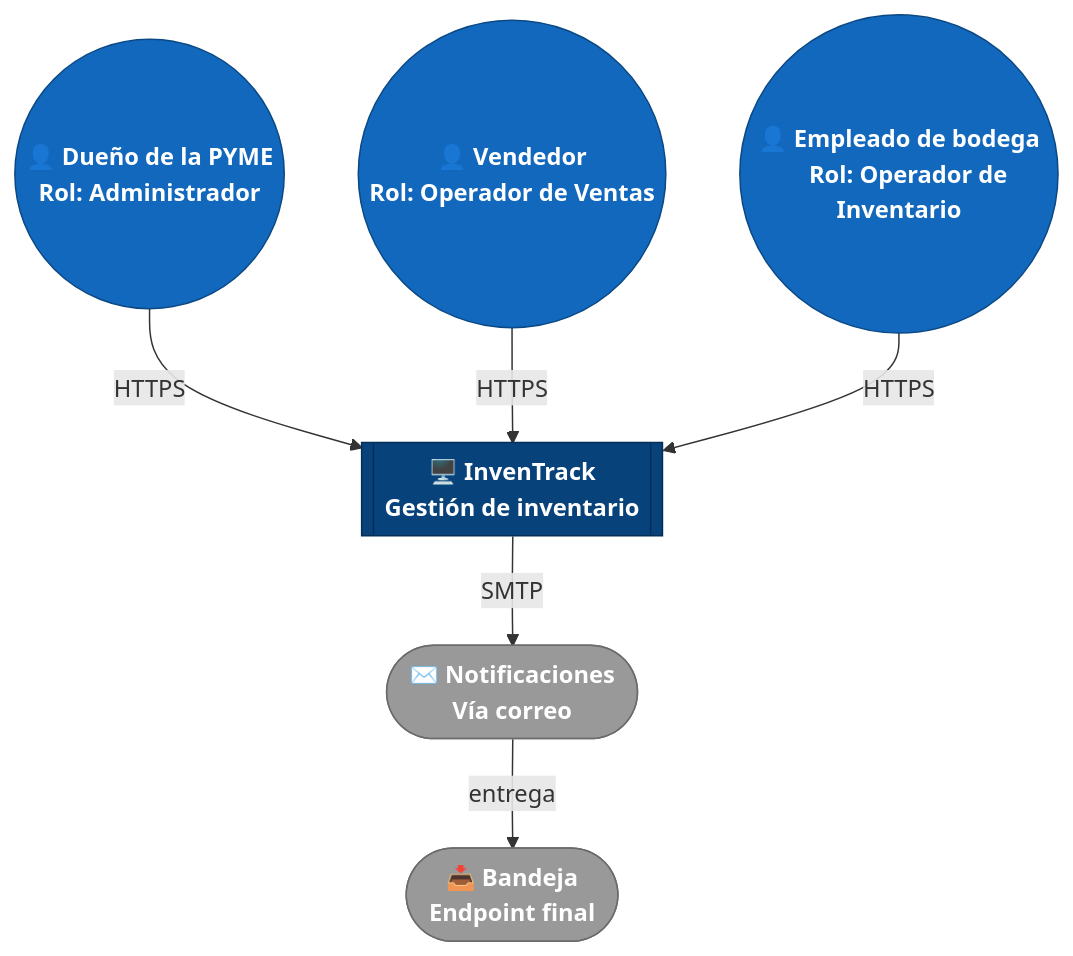
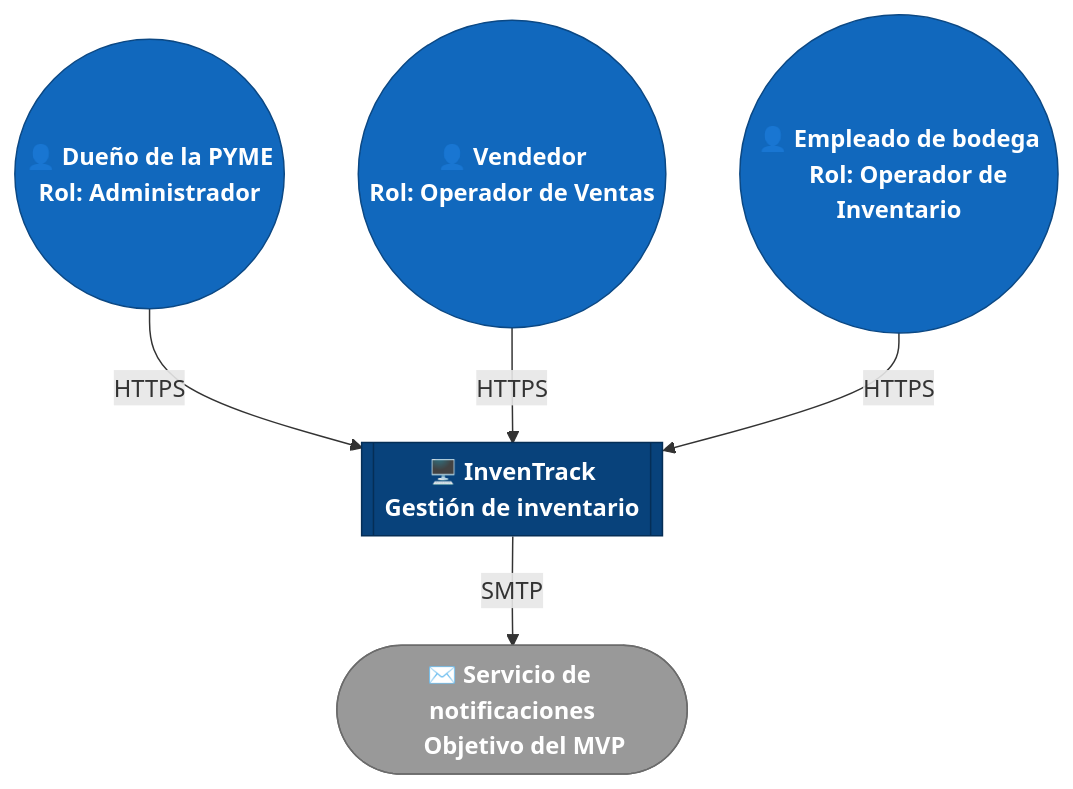
The diagram in docs/c4/context.md (ISCOUTB/AS_202620_InvenTrack), drawn with Mermaid before and after one commit. The commit also changed other lines of this file and 5 other files, not shown here.

Commit message:
docs: update README and architecture documentation with context map and data ownership details

````diff
--- a/docs/c4/context.md
+++ b/docs/c4/context.md
@@ -16,29 +16,26 @@
 ```mermaid
 flowchart TB
     Dueno(("👤 Dueño de la PYME
     Rol: Administrador"))
     Vendedor(("👤 Vendedor
     Rol: Operador de Ventas"))
     Empleado(("👤 Empleado de bodega
     Rol: Operador de Inventario"))
     InvenTrack[["🖥️ InvenTrack
     Gestión de inventario"]]
-    Notif(["✉️ Notificaciones
-    Vía correo"])
-    Bandeja(["📥 Bandeja
-    Endpoint final"])
+    Notif(["✉️ Servicio de notificaciones
+    Objetivo del MVP"])
 
     Dueno -- HTTPS --> InvenTrack
     Vendedor -- HTTPS --> InvenTrack
     Empleado -- HTTPS --> InvenTrack
     InvenTrack -- SMTP --> Notif
-    Notif -- entrega --> Bandeja
 
     classDef person fill:#1168bd,stroke:#0b4884,color:#ffffff,font-weight:bold
     classDef system fill:#08427b,stroke:#052e56,color:#ffffff,font-weight:bold
     classDef external fill:#999999,stroke:#6b6b6b,color:#ffffff,font-weight:bold
 
     class Dueno,Vendedor,Empleado person
     class InvenTrack system
-    class Notif,Bandeja external
+    class Notif external
 ```
````
